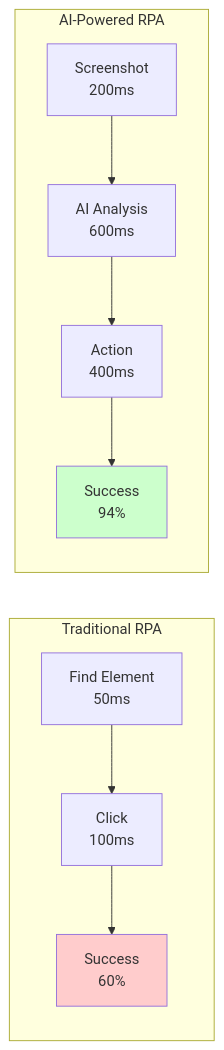
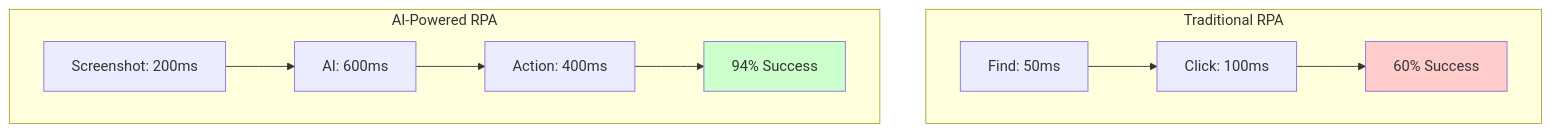
Before and after one commit to amenti4k/amenti4k.github.io: the third of 4 diagrams in _posts/2025-08-12-stagehand-browser-automation-production.md, drawn with Mermaid. The commit also changed 1 other file, not shown here.

Commit message:
Reduce mermaid diagram size

````diff
--- a/_posts/2025-08-12-stagehand-browser-automation-production.md
+++ b/_posts/2025-08-12-stagehand-browser-automation-production.md
@@ -221,16 +221,16 @@
 ```mermaid
-graph LR
-    subgraph "Traditional RPA"
-        T1[Find Element<br/>50ms] --> T2[Click<br/>100ms]
-        T2 --> T3[Success<br/>60%]
+graph TB
+    subgraph T["Traditional RPA"]
+        T1[Find: 50ms] --> T2[Click: 100ms]
+        T2 --> T3[60% Success]
     end
     
-    subgraph "AI-Powered RPA"
-        A1[Screenshot<br/>200ms] --> A2[AI Analysis<br/>600ms]
-        A2 --> A3[Action<br/>400ms]
-        A3 --> A4[Success<br/>94%]
+    subgraph A["AI-Powered RPA"]
+        A1[Screenshot: 200ms] --> A2[AI: 600ms]
+        A2 --> A3[Action: 400ms]
+        A3 --> A4[94% Success]
     end
     
     style T3 fill:#ffcccc
     style A4 fill:#ccffcc
 ```
````
